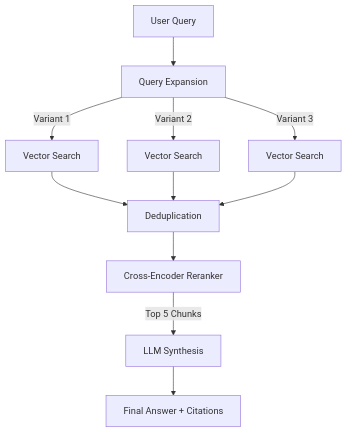
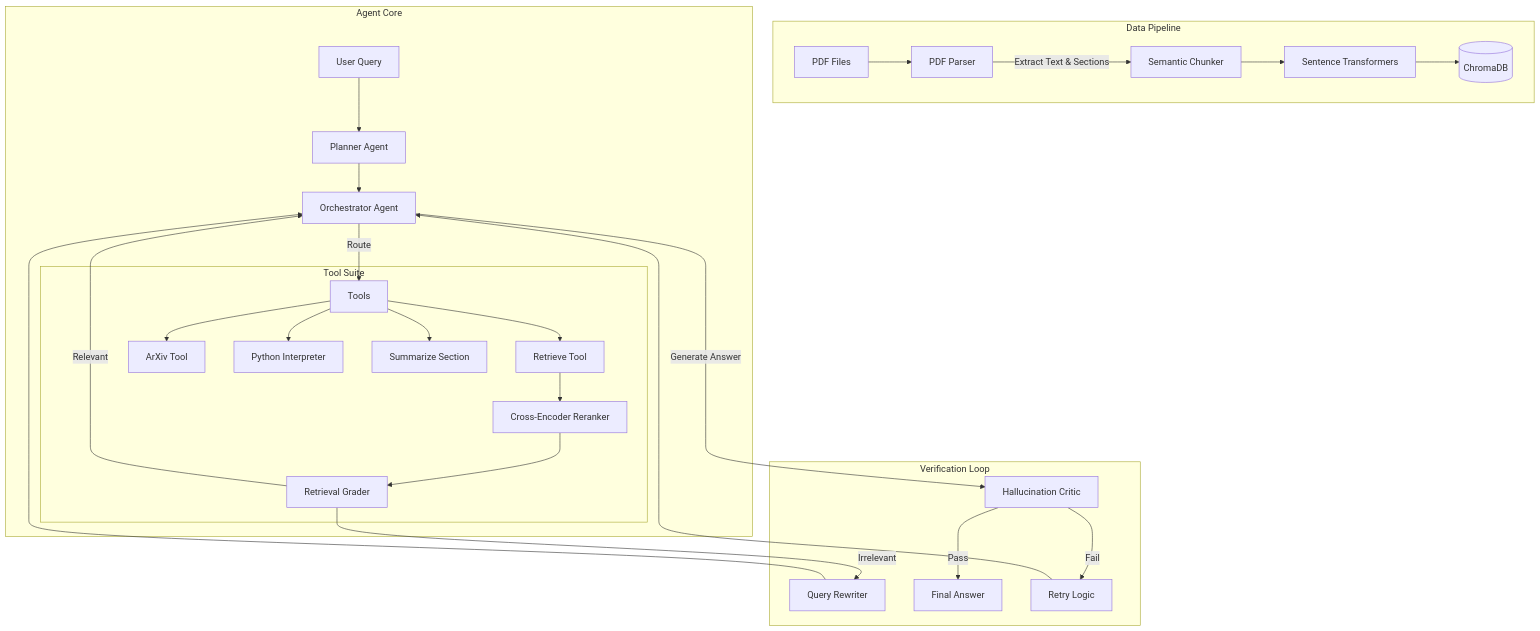
The first of 2 diagrams in README.md (dineshmc1/rag-based-research-paper-assistant), drawn with Mermaid before and after one commit. The commit also changed other lines of this file, not shown here.

````diff
--- a/README.md
+++ b/README.md
@@ -51,12 +34,36 @@
 ```mermaid
 graph TD
-    User[User Query] --> Exp[Query Expansion]
-    Exp -->|Variant 1| Q1[Vector Search]
-    Exp -->|Variant 2| Q2[Vector Search]
-    Exp -->|Variant 3| Q3[Vector Search]
-    
-    Q1 & Q2 & Q3 --> Dedup[Deduplication]
-    Dedup --> Rerank[Cross-Encoder Reranker]
-    Rerank -->|Top 5 Chunks| Synth[LLM Synthesis]
-    Synth --> Answer[Final Answer + Citations]
+    subgraph "Data Pipeline"
+        PDF[PDF Files] --> Parser[PDF Parser]
+        Parser --> |Extract Text & Sections| Chunker[Semantic Chunker]
+        Chunker --> Embedding[Sentence Transformers]
+        Embedding --> VectorDB[(ChromaDB)]
+    end
+
+    subgraph "Agent Core"
+        User[User Query] --> Planner[Planner Agent]
+        Planner --> Orchestrator[Orchestrator Agent]
+        Orchestrator --> |Route| Tools
+        
+        subgraph "Tool Suite"
+            Tools --> RAG[Retrieve Tool]
+            Tools --> Arxiv[ArXiv Tool]
+            Tools --> Code[Python Interpreter]
+            Tools --> Sum[Summarize Section]
+            
+            RAG --> Rerank[Cross-Encoder Reranker]
+            Rerank --> Grader1[Retrieval Grader]
+        end
+    end
+
+    subgraph "Verification Loop"
+        Grader1 --> |Relevant| Orchestrator
+        Grader1 --> |Irrelevant| Rewrite[Query Rewriter]
+        Rewrite --> Orchestrator
+        
+        Orchestrator --> |Generate Answer| Verifier[Hallucination Critic]
+        Verifier --> |Pass| Final[Final Answer]
+        Verifier --> |Fail| Loop[Retry Logic]
+        Loop --> Orchestrator
+    end
 ```
````
